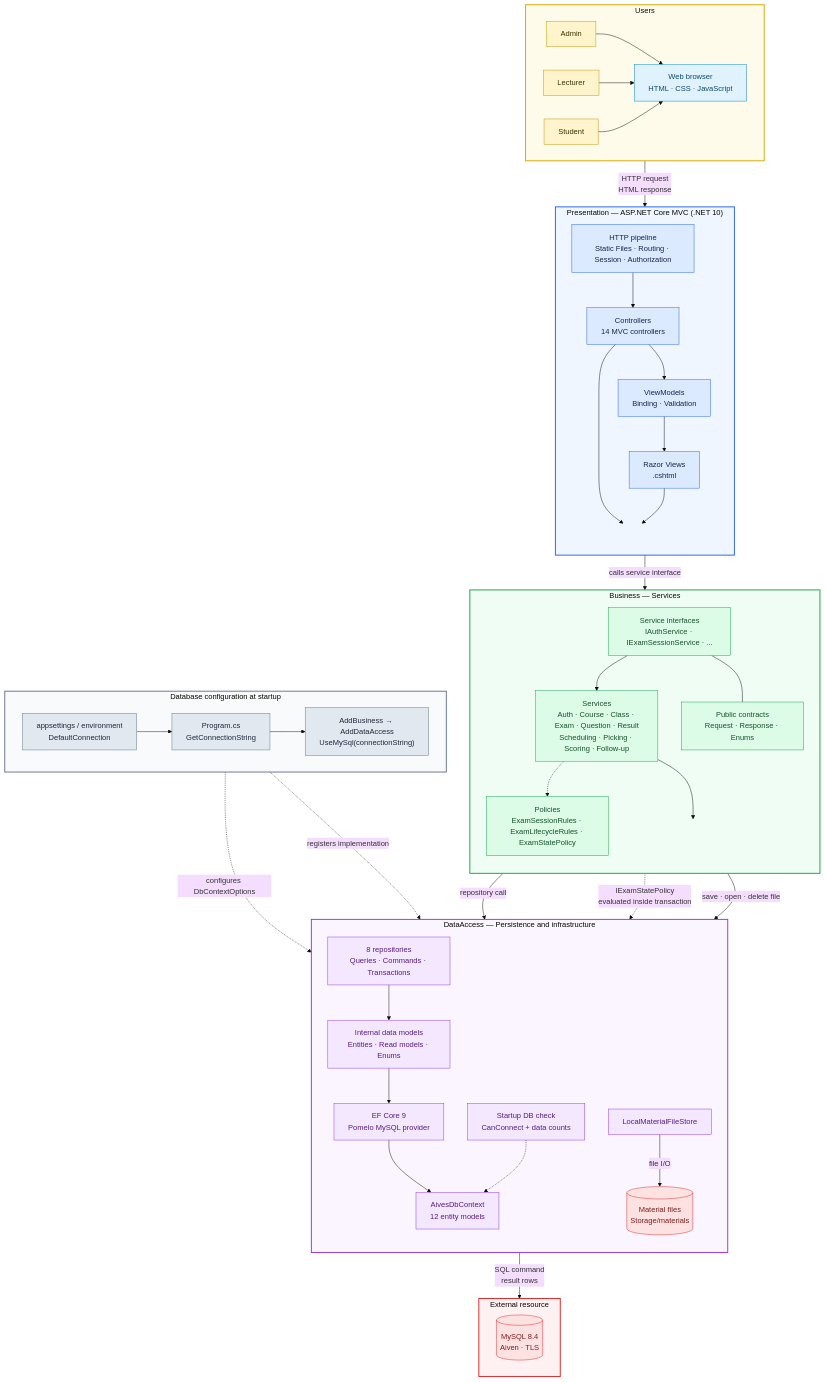
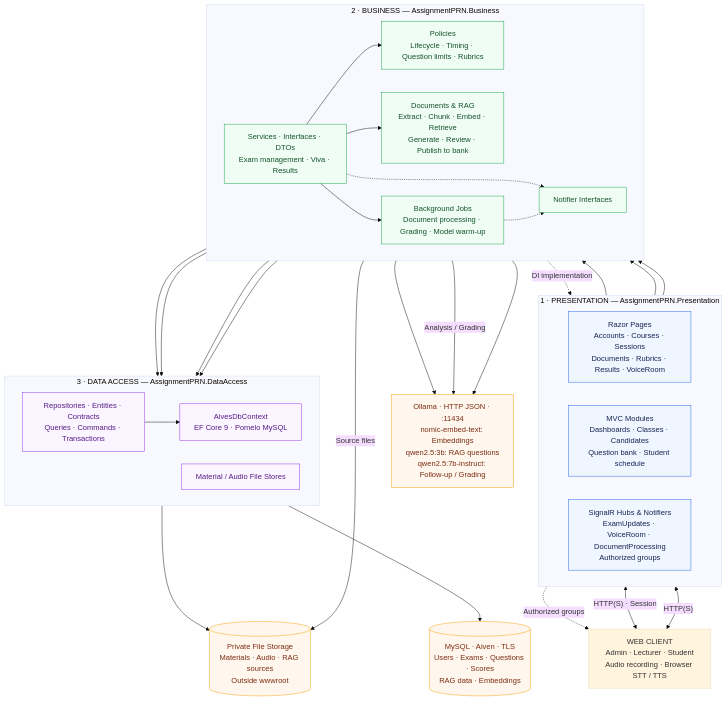
The diagram in docs/architecture.mmd (zanh154/AS2), drawn with Mermaid (base theme) before and after one commit. The commit also changed 5 other files, not shown here.

Commit message:
docs: replace ASM1 architecture with current ASM2 diagram

```diff
--- a/docs/architecture.mmd
+++ b/docs/architecture.mmd
@@ -1,97 +1,54 @@
 flowchart TB
-    subgraph Users["Users"]
-        direction LR
-        Admin["Admin"]
-        Lecturer["Lecturer"]
-        Student["Student"]
-        Browser["Web browser<br/>HTML · CSS · JavaScript"]
-        Admin --> Browser
-        Lecturer --> Browser
-        Student --> Browser
+    Browser["WEB CLIENT<br/>Admin · Lecturer · Student<br/>Audio recording · Browser STT / TTS"]
+    subgraph P["1 · PRESENTATION — AssignmentPRN.Presentation"]
+      direction LR
+      Pages["Razor Pages<br/>Accounts · Courses · Sessions<br/>Documents · Rubrics · Results · VoiceRoom"]
+      MVC["MVC Modules<br/>Dashboards · Classes · Candidates<br/>Question bank · Student schedule"]
+      Hubs["SignalR Hubs & Notifiers<br/>ExamUpdates · VoiceRoom · DocumentProcessing<br/>Authorized groups"]
     end
-
-    subgraph Presentation["Presentation — ASP.NET Core MVC (.NET 10)"]
-        direction TB
-        Pipeline["HTTP pipeline<br/>Static Files · Routing · Session · Authorization"]
-        Controllers["Controllers<br/>14 MVC controllers"]
-        ViewModels["ViewModels<br/>Binding · Validation"]
-        Views["Razor Views<br/>.cshtml"]
-        PresentationOut[" "]
-        Pipeline --> Controllers --> ViewModels --> Views
-        Controllers --> PresentationOut
-        Views --> PresentationOut
+    subgraph B["2 · BUSINESS — AssignmentPRN.Business"]
+      direction LR
+      Services["Services · Interfaces · DTOs<br/>Exam management · Viva · Results"]
+      Rules["Policies<br/>Lifecycle · Timing · Question limits · Rubrics"]
+      Rag["Documents & RAG<br/>Extract · Chunk · Embed · Retrieve<br/>Generate · Review · Publish to bank"]
+      Jobs["Background Jobs<br/>Document processing · Grading · Model warm-up"]
+      Ports["Notifier Interfaces"]
     end
-
-    subgraph Business["Business — Services"]
-        direction TB
-        ServicePorts["Service interfaces<br/>IAuthService · IExamSessionService · ..."]
-        Services["Services<br/>Auth · Course · Class · Exam · Question · Result<br/>Scheduling · Picking · Scoring · Follow-up"]
-        Policies["Policies<br/>ExamSessionRules · ExamLifecycleRules · ExamStatePolicy"]
-        Contracts["Public contracts<br/>Request · Response · Enums"]
-        BusinessOut[" "]
-        ServicePorts --> Services
-        ServicePorts --- Contracts
-        Services -.-> Policies
-        Services --> BusinessOut
+    subgraph D["3 · DATA ACCESS — AssignmentPRN.DataAccess"]
+      direction LR
+      Repo["Repositories · Entities · Contracts<br/>Queries · Commands · Transactions"]
+      EF["AivesDbContext<br/>EF Core 9 · Pomelo MySQL"]
+      Store["Material / Audio File Stores"]
     end
-
-    subgraph DataAccess["DataAccess — Persistence and infrastructure"]
-        direction TB
-        Repositories["8 repositories<br/>Queries · Commands · Transactions"]
-        DataModels["Internal data models<br/>Entities · Read models · Enums"]
-        EF["EF Core 9<br/>Pomelo MySQL provider"]
-        DbContext["AivesDbContext<br/>12 entity models"]
-        DbCheck["Startup DB check<br/>CanConnect + data counts"]
-        FileStore["LocalMaterialFileStore"]
-        MaterialFiles[("Material files<br/>Storage/materials")]
-        Repositories --> DataModels --> EF --> DbContext
-        DbCheck -.-> DbContext
-    end
-
-    subgraph Configuration["Database configuration at startup"]
-        direction LR
-        Settings["appsettings / environment<br/>DefaultConnection"]
-        Program["Program.cs<br/>GetConnectionString"]
-        Registration["AddBusiness → AddDataAccess<br/>UseMySql(connectionString)"]
-        Settings --> Program --> Registration
-    end
-
-    subgraph Resources["External resource"]
-        direction LR
-        MySQL[("MySQL 8.4<br/>Aiven · TLS")]
-    end
-
-    Browser -->|"HTTP request<br/>HTML response"| Pipeline
-    PresentationOut -->|"calls service interface"| ServicePorts
-    BusinessOut -->|"repository call"| Repositories
-    Policies -.->|"IExamStatePolicy<br/>evaluated inside transaction"| Repositories
-    Services -->|"save · open · delete file"| FileStore
-    Registration -.->|"configures DbContextOptions"| EF
-    Registration -.->|"registers implementation"| FileStore
-    DbContext -->|"SQL command<br/>result rows"| MySQL
-    FileStore -->|"file I/O"| MaterialFiles
-
-    classDef actor fill:#fff4cc,stroke:#c79200,color:#3d3100
-    classDef client fill:#e0f2fe,stroke:#0284c7,color:#0c4a6e
-    classDef presentation fill:#dbeafe,stroke:#2563eb,color:#172554
-    classDef business fill:#dcfce7,stroke:#16a34a,color:#14532d
-    classDef data fill:#f3e8ff,stroke:#9333ea,color:#581c87
-    classDef config fill:#e2e8f0,stroke:#64748b,color:#1e293b
-    classDef storage fill:#fee2e2,stroke:#dc2626,color:#7f1d1d
-    classDef hidden fill:transparent,stroke:transparent,color:transparent
-
-    class Admin,Lecturer,Student actor
-    class Browser client
-    class Pipeline,Controllers,ViewModels,Views presentation
-    class ServicePorts,Services,Policies,Contracts business
-    class Repositories,DataModels,EF,DbContext,DbCheck,FileStore data
-    class Settings,Program,Registration config
-    class MySQL,MaterialFiles storage
-    class PresentationOut,BusinessOut hidden
-
-    style Users fill:#fffbeb,stroke:#d6a700,stroke-width:2px
-    style Presentation fill:#eff6ff,stroke:#2563eb,stroke-width:2px
-    style Business fill:#f0fdf4,stroke:#16a34a,stroke-width:2px
-    style DataAccess fill:#faf5ff,stroke:#9333ea,stroke-width:2px
-    style Configuration fill:#f8fafc,stroke:#64748b,stroke-width:2px
-    style Resources fill:#fff1f2,stroke:#dc2626,stroke-width:2px
+    DB[("MySQL · Aiven · TLS<br/>Users · Exams · Questions · Scores<br/>RAG data · Embeddings")]
+    Files[("Private File Storage<br/>Materials · Audio · RAG sources<br/>Outside wwwroot")]
+    AI["Ollama · HTTP JSON · :11434<br/>nomic-embed-text: Embeddings<br/>qwen2.5:3b: RAG questions<br/>qwen2.5:7b-instruct: Follow-up / Grading"]
+    Browser <-->|"HTTP(S) · Session"| Pages
+    Browser <-->|"HTTP(S)"| MVC
+    Pages --> Services
+    MVC --> Services
+    Hubs --> Services
+    Services --> Rules
+    Services --> Rag
+    Services --> Jobs
+    Services --> Repo
+    Jobs --> Repo
+    Rag --> Repo
+    Repo --> EF --> DB
+    Services --> Store --> Files
+    Rag -->|"Source files"| Files
+    Rag --> AI
+    Services -->|"Analysis / Grading"| AI
+    Jobs --> AI
+    Services -.-> Ports
+    Jobs -.-> Ports
+    Ports -.->|"DI implementation"| Hubs
+    Hubs -.->|"Authorized groups"| Browser
+    classDef web fill:#eff6ff,stroke:#2563eb,color:#172554
+    classDef business fill:#f0fdf4,stroke:#16a34a,color:#14532d
+    classDef data fill:#faf5ff,stroke:#9333ea,color:#581c87
+    classDef resource fill:#fff7ed,stroke:#f59e0b,color:#7c2d12
+    class Pages,MVC,Hubs web
+    class Services,Rules,Rag,Jobs,Ports business
+    class Repo,EF,Store data
+    class DB,Files,AI resource
```
